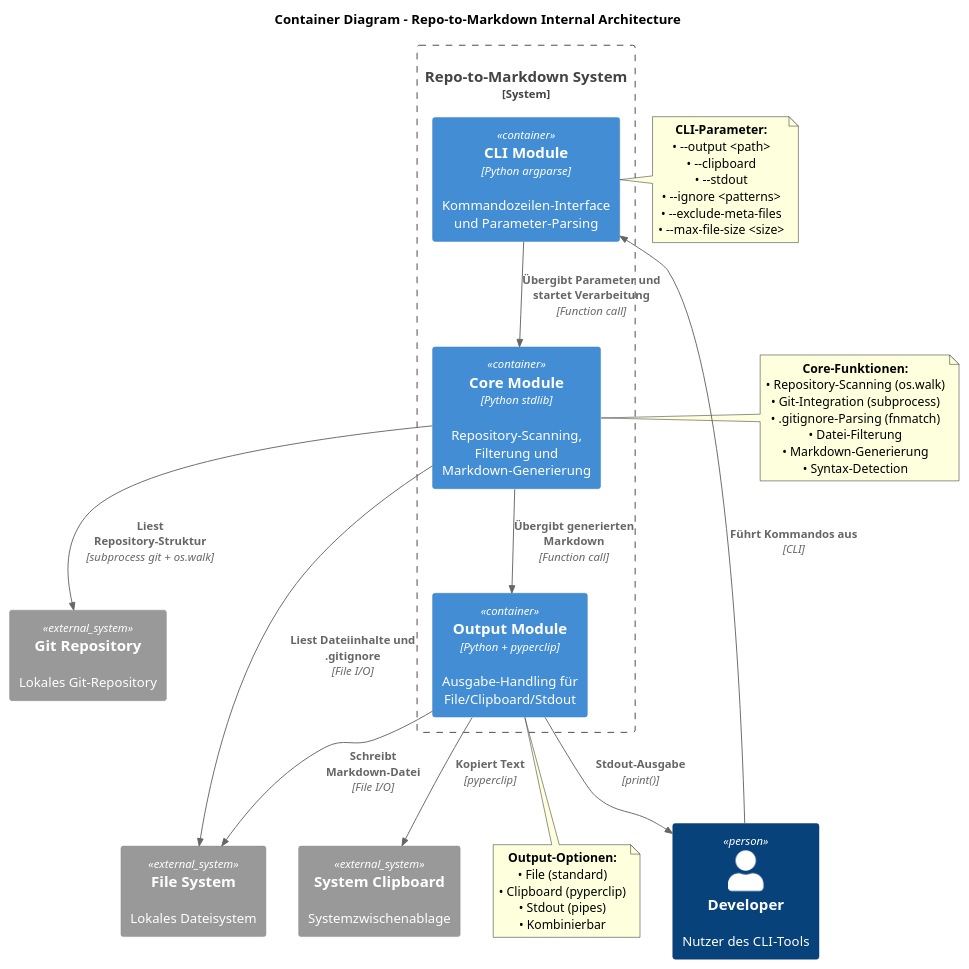
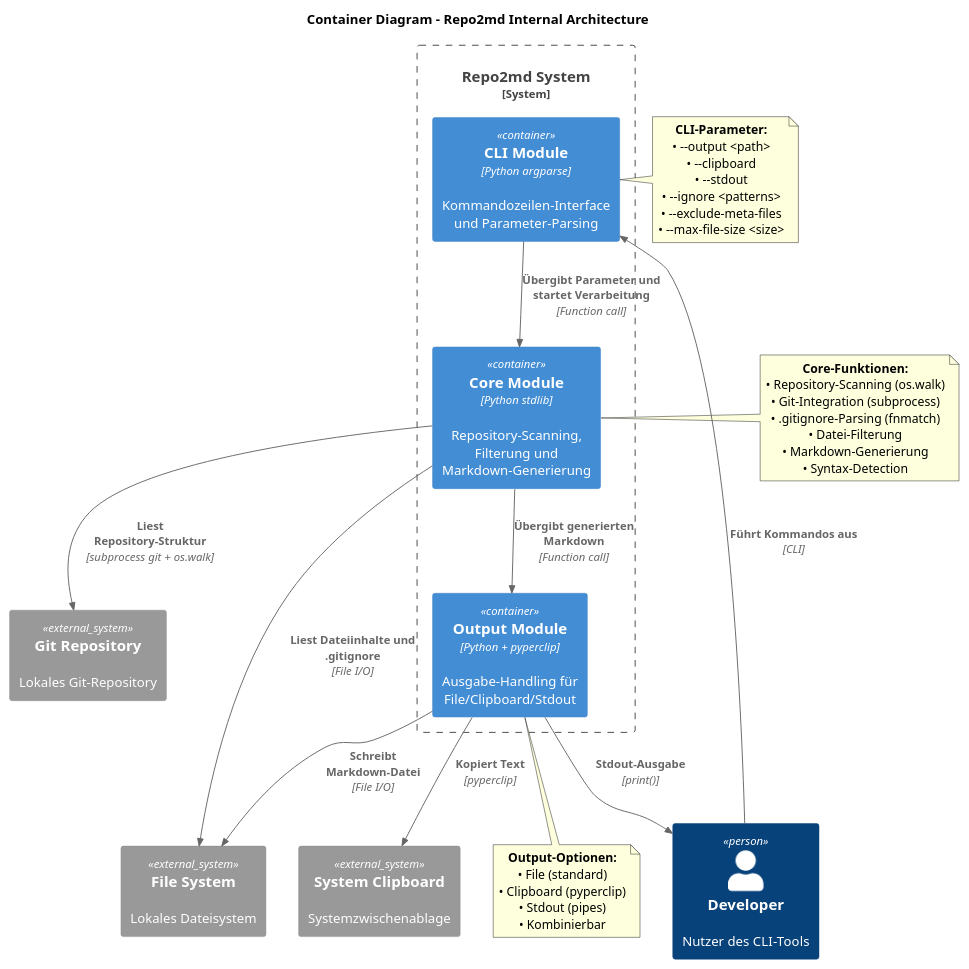
The diagram in docs/architecture/c4/02-container-diagram.puml (georghildebrand/repo2ai), drawn with PlantUML before and after one commit. The commit also changed 13 other files, not shown here.

Commit message:
Update from repo-to-markdown to repo2md

```diff
--- a/docs/architecture/c4/02-container-diagram.puml
+++ b/docs/architecture/c4/02-container-diagram.puml
@@ -1,60 +1,60 @@
-@startuml C4_Level2_RepoToMarkdown
+@startuml C4_Level2_repo2md
 !include https://raw.githubusercontent.com/plantuml-stdlib/C4-PlantUML/master/C4_Container.puml
 
-title Container Diagram - Repo-to-Markdown Internal Architecture
+title Container Diagram - Repo2md Internal Architecture
 
 Person(developer, "Developer", "Nutzer des CLI-Tools")
 
-System_Boundary(repoToMd, "Repo-to-Markdown System") {
+System_Boundary(repoToMd, "Repo2md System") {
     Container(cli, "CLI Module", "Python argparse", "Kommandozeilen-Interface und Parameter-Parsing")
     Container(core, "Core Module", "Python stdlib", "Repository-Scanning, Filterung und Markdown-Generierung")
     Container(output, "Output Module", "Python + pyperclip", "Ausgabe-Handling für File/Clipboard/Stdout")
 }
 
 System_Ext(gitRepo, "Git Repository", "Lokales Git-Repository")
 System_Ext(fileSystem, "File System", "Lokales Dateisystem")
 System_Ext(clipboard, "System Clipboard", "Systemzwischenablage")
 
 ' User interactions
 Rel(developer, cli, "Führt Kommandos aus", "CLI")
 
 ' Internal component relationships
 Rel(cli, core, "Übergibt Parameter und startet Verarbeitung", "Function call")
 Rel(core, output, "Übergibt generierten Markdown", "Function call")
 
 ' External system interactions
 Rel(core, gitRepo, "Liest Repository-Struktur", "subprocess git + os.walk")
 Rel(core, fileSystem, "Liest Dateiinhalte und .gitignore", "File I/O")
 Rel(output, fileSystem, "Schreibt Markdown-Datei", "File I/O")
 Rel(output, clipboard, "Kopiert Text", "pyperclip")
 Rel(output, developer, "Stdout-Ausgabe", "print()")
 
 note right of core
   **Core-Funktionen:**
   • Repository-Scanning (os.walk)
   • Git-Integration (subprocess)
   • .gitignore-Parsing (fnmatch)
   • Datei-Filterung
   • Markdown-Generierung
   • Syntax-Detection
 end note
 
 note left of cli
   **CLI-Parameter:**
   • --output <path>
   • --clipboard
   • --stdout
   • --ignore <patterns>
   • --exclude-meta-files
   • --max-file-size <size>
 end note
 
 note bottom of output
   **Output-Optionen:**
   • File (standard)
   • Clipboard (pyperclip)
   • Stdout (pipes)
   • Kombinierbar
 end note
 
 @enduml
```
